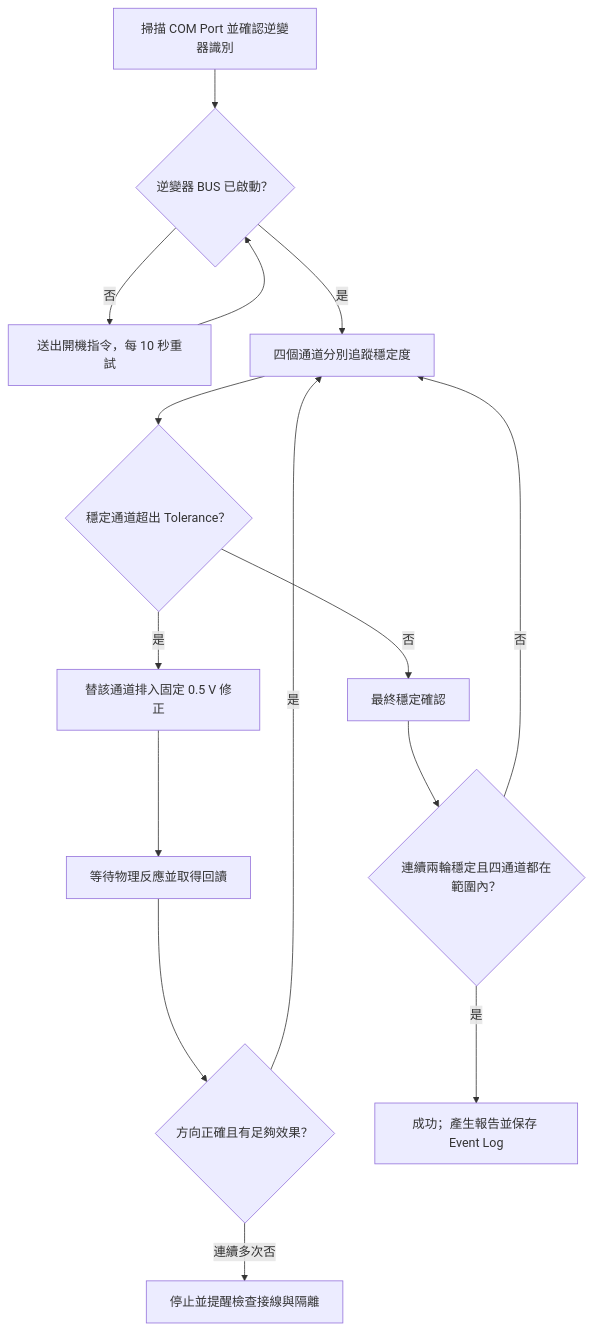
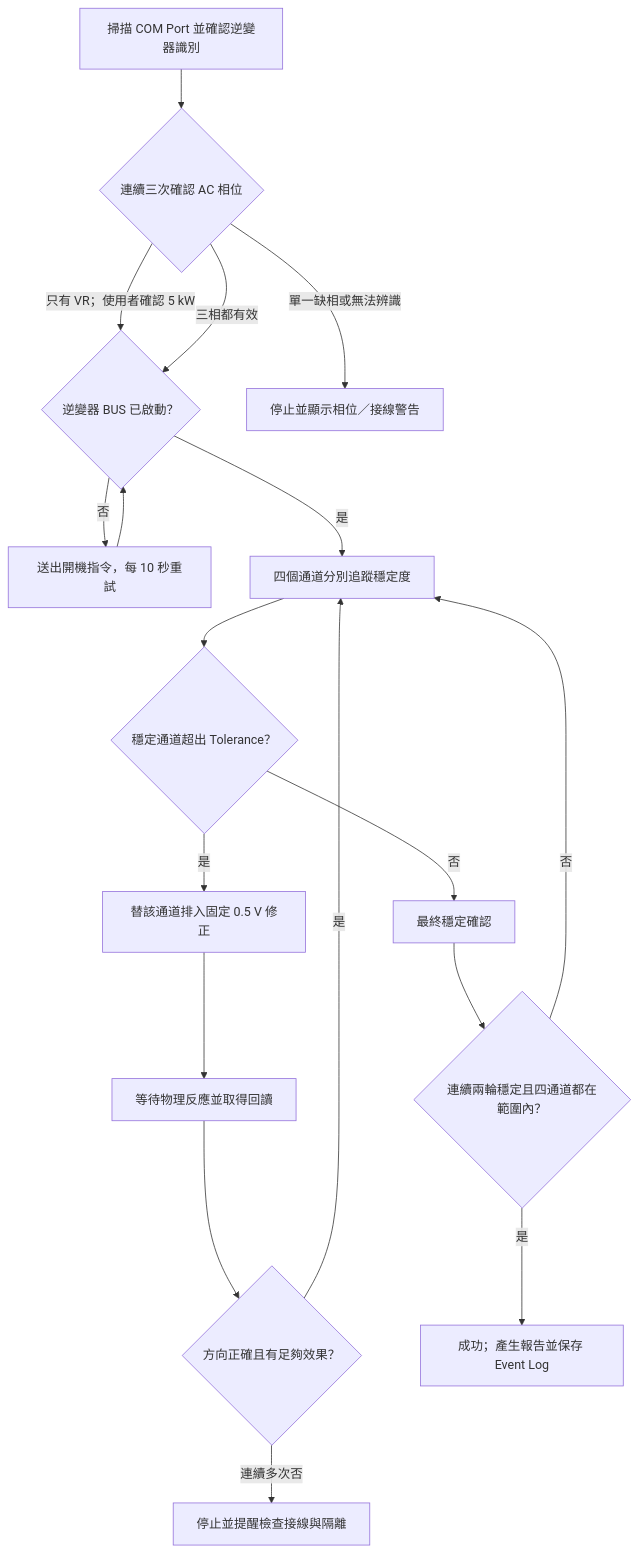
The diagram in README.zh-TW.md (tatsuo25103/BUS-Voltage-Correction), drawn with Mermaid before and after one commit. The commit also changed other lines of this file and 6 other files, not shown here.

````diff
--- a/README.zh-TW.md
+++ b/README.zh-TW.md
@@ -124,17 +127,20 @@
 ```mermaid
 flowchart TD
-    A["掃描 COM Port 並確認逆變器識別"] --> B{"逆變器 BUS 已啟動？"}
+    A["掃描 COM Port 並確認逆變器識別"] --> P{"連續三次確認 AC 相位"}
+    P -- "只有 VR；使用者確認 5 kW" --> B{"逆變器 BUS 已啟動？"}
+    P -- "三相都有效" --> B
+    P -- "單一缺相或無法辨識" --> PX["停止並顯示相位／接線警告"]
     B -- "否" --> C["送出開機指令，每 10 秒重試"]
     C --> B
     B -- "是" --> D["四個通道分別追蹤穩定度"]
     D --> E{"穩定通道超出 Tolerance？"}
     E -- "是" --> F["替該通道排入固定 0.5 V 修正"]
     F --> G["等待物理反應並取得回讀"]
     G --> H{"方向正確且有足夠效果？"}
     H -- "是" --> D
     H -- "連續多次否" --> X["停止並提醒檢查接線與隔離"]
     E -- "否" --> I["最終穩定確認"]
     I --> J{"連續兩輪穩定且四通道都在範圍內？"}
     J -- "否" --> D
     J -- "是" --> K["成功；產生報告並保存 Event Log"]
 ```
````
